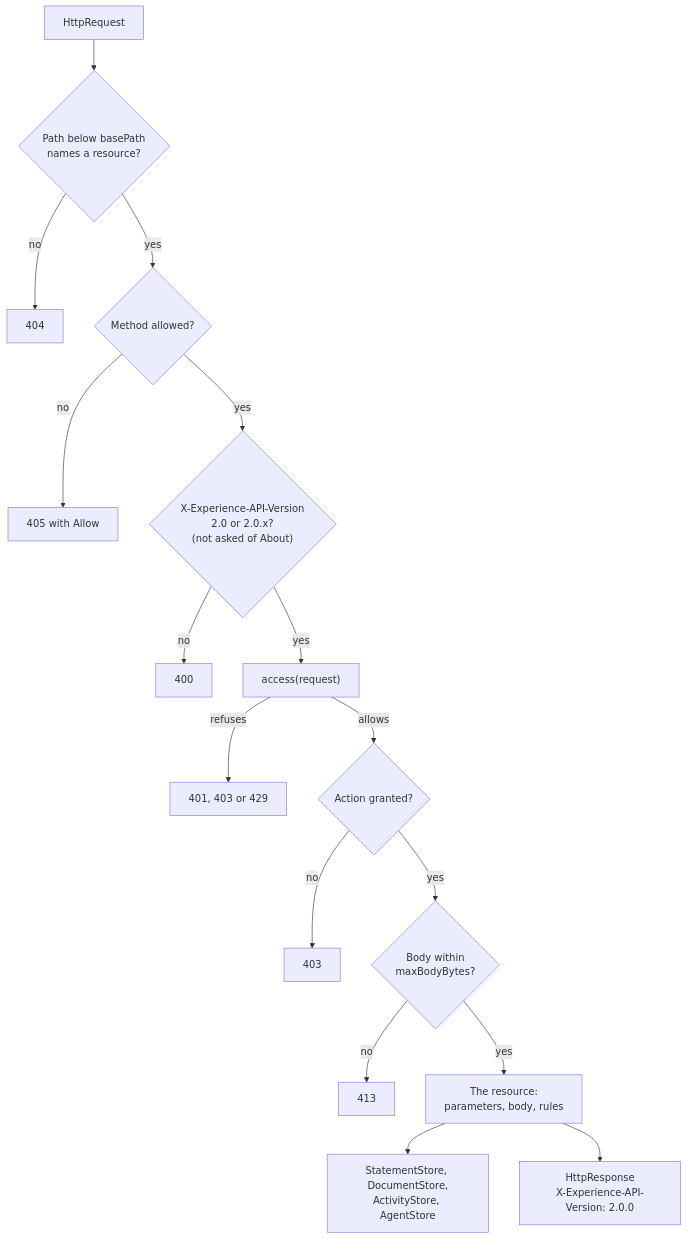
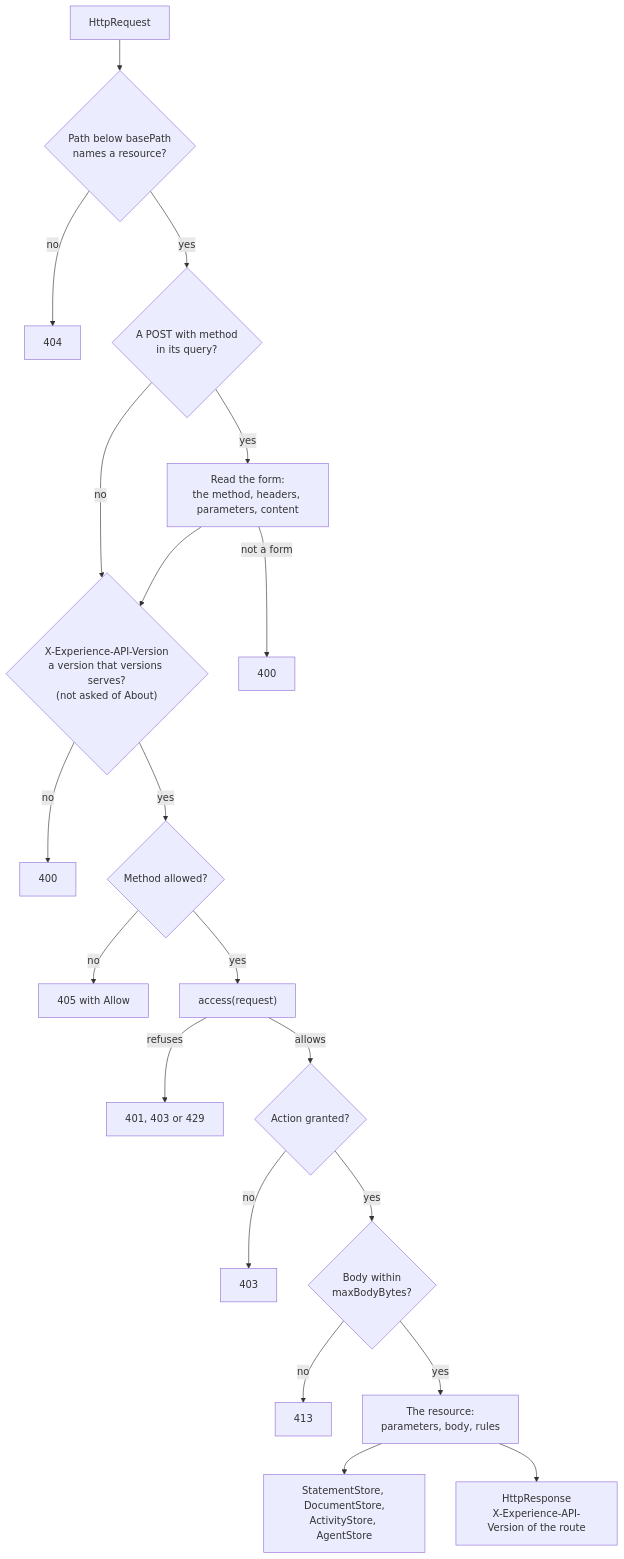
One commit to interopkit/interopkit changed the first of 2 diagrams in docs/learning-records/store.md. Above: the diagram before and after it, drawn with Mermaid. The commit also changed other lines of this file and 82 other files, not shown here.

Commit message:
Add xAPI 1.0.3: its rules, builders, routes, alternate syntax and evidence

````diff
--- a/docs/learning-records/store.md
+++ b/docs/learning-records/store.md
@@ -8,18 +9,22 @@
 ```mermaid
 flowchart TD
   request["HttpRequest"] --> route{"Path below basePath<br/>names a resource?"}
   route -->|"no"| r404["404"]
-  route -->|"yes"| method{"Method allowed?"}
+  route -->|"yes"| alternate{"A POST with method<br/>in its query?"}
+  alternate -->|"yes"| form["Read the form:<br/>the method, headers, parameters, content"]
+  alternate -->|"no"| version
+  form -->|"not a form"| r400f["400"]
+  form --> version{"X-Experience-API-Version<br/>a version that versions serves?<br/>(not asked of About)"}
+  version -->|"no"| r400["400"]
+  version -->|"yes"| method{"Method allowed?"}
   method -->|"no"| r405["405 with Allow"]
-  method -->|"yes"| version{"X-Experience-API-Version<br/>2.0 or 2.0.x?<br/>(not asked of About)"}
-  version -->|"no"| r400["400"]
-  version -->|"yes"| access["access(request)"]
+  method -->|"yes"| access["access(request)"]
   access -->|"refuses"| rA["401, 403 or 429"]
   access -->|"allows"| action{"Action granted?"}
   action -->|"no"| r403["403"]
   action -->|"yes"| size{"Body within<br/>maxBodyBytes?"}
   size -->|"no"| r413["413"]
   size -->|"yes"| resource["The resource:<br/>parameters, body, rules"]
   resource --> ports["StatementStore, DocumentStore,<br/>ActivityStore, AgentStore"]
-  resource --> answer["HttpResponse<br/>X-Experience-API-Version: 2.0.0"]
+  resource --> answer["HttpResponse<br/>X-Experience-API-Version of the route"]
 ```
````
